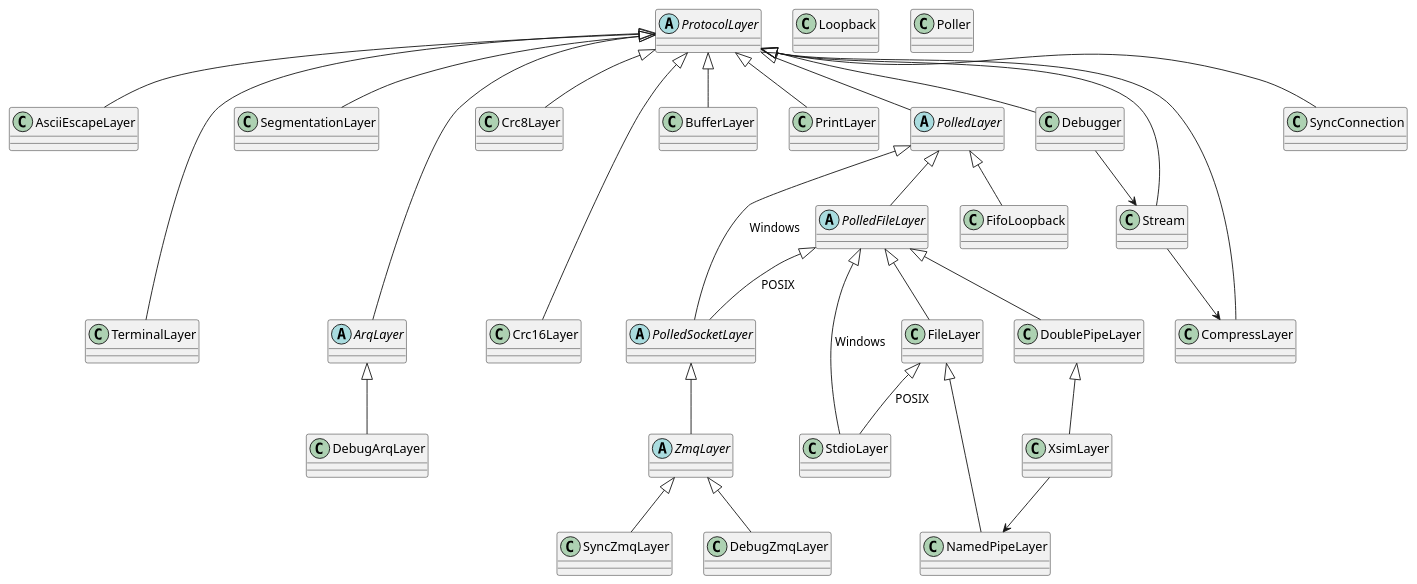
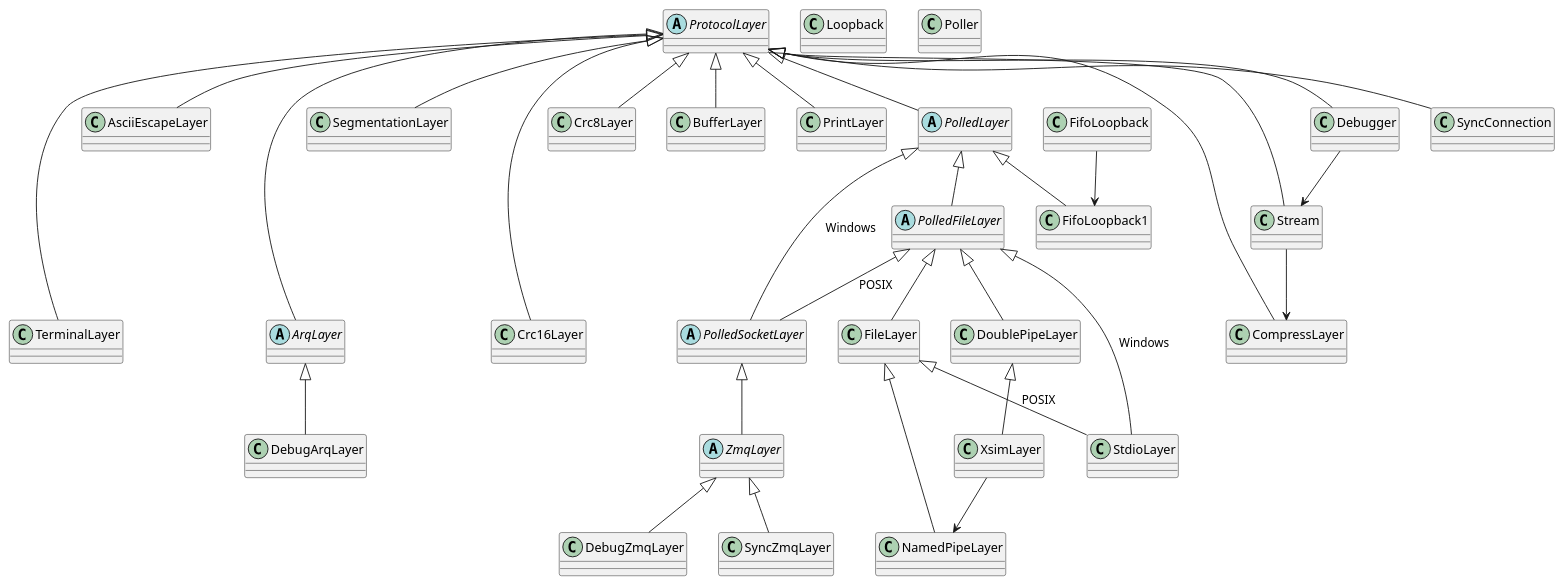
One commit to DEMCON/libstored changed the diagram in sphinx/doc/cpp_protocol.rst. Above: the diagram before and after it, drawn with PlantUML. The commit also changed other lines of this file and 2 other files, not shown here.

Commit message:
improve FifoLoopback

```diff
--- a/sphinx/doc/cpp_protocol.rst
+++ b/sphinx/doc/cpp_protocol.rst
@@ -70,48 +70,49 @@
 .. uml::
 
    abstract ProtocolLayer
    ProtocolLayer <|-- AsciiEscapeLayer
    ProtocolLayer <|-- TerminalLayer
    AsciiEscapeLayer -[hidden]--> TerminalLayer
    ProtocolLayer <|-- SegmentationLayer
    ProtocolLayer <|-- Crc8Layer
    ProtocolLayer <|-- Crc16Layer
    Crc8Layer -[hidden]--> Crc16Layer
    ProtocolLayer <|-- BufferLayer
    ProtocolLayer <|-- PrintLayer
 
    abstract ArqLayer
    SegmentationLayer -[hidden]--> ArqLayer
    ProtocolLayer <|-- ArqLayer
    ArqLayer <|-- DebugArqLayer
 
    abstract PolledLayer
    abstract PolledFileLayer
    abstract PolledSocketLayer
    ProtocolLayer <|-- PolledLayer
    PolledLayer <|-- PolledFileLayer
    PolledFileLayer <|-- FileLayer
    FileLayer <|-- NamedPipeLayer
    PolledFileLayer <|-- DoublePipeLayer
    DoublePipeLayer <|-- XsimLayer
    XsimLayer --> NamedPipeLayer
    PolledLayer <|-- PolledSocketLayer : Windows
    PolledFileLayer <|-- PolledSocketLayer : POSIX
    PolledFileLayer <|-- StdioLayer : Windows
    FileLayer <|-- StdioLayer : POSIX
    ProtocolLayer <|-- CompressLayer
-   PolledLayer <|-- FifoLoopback
+   PolledLayer <|-- FifoLoopback1
 
    ProtocolLayer <|-- Stream
    Debugger --> Stream
    Stream --> CompressLayer
    ProtocolLayer <|-- Debugger
    ProtocolLayer <|-- SyncConnection
 
    abstract ZmqLayer
    PolledSocketLayer <|-- ZmqLayer
    ZmqLayer <|-- DebugZmqLayer
    ZmqLayer <|-- SyncZmqLayer
 
    class Loopback
    class Poller
+   FifoLoopback --> FifoLoopback1
```
